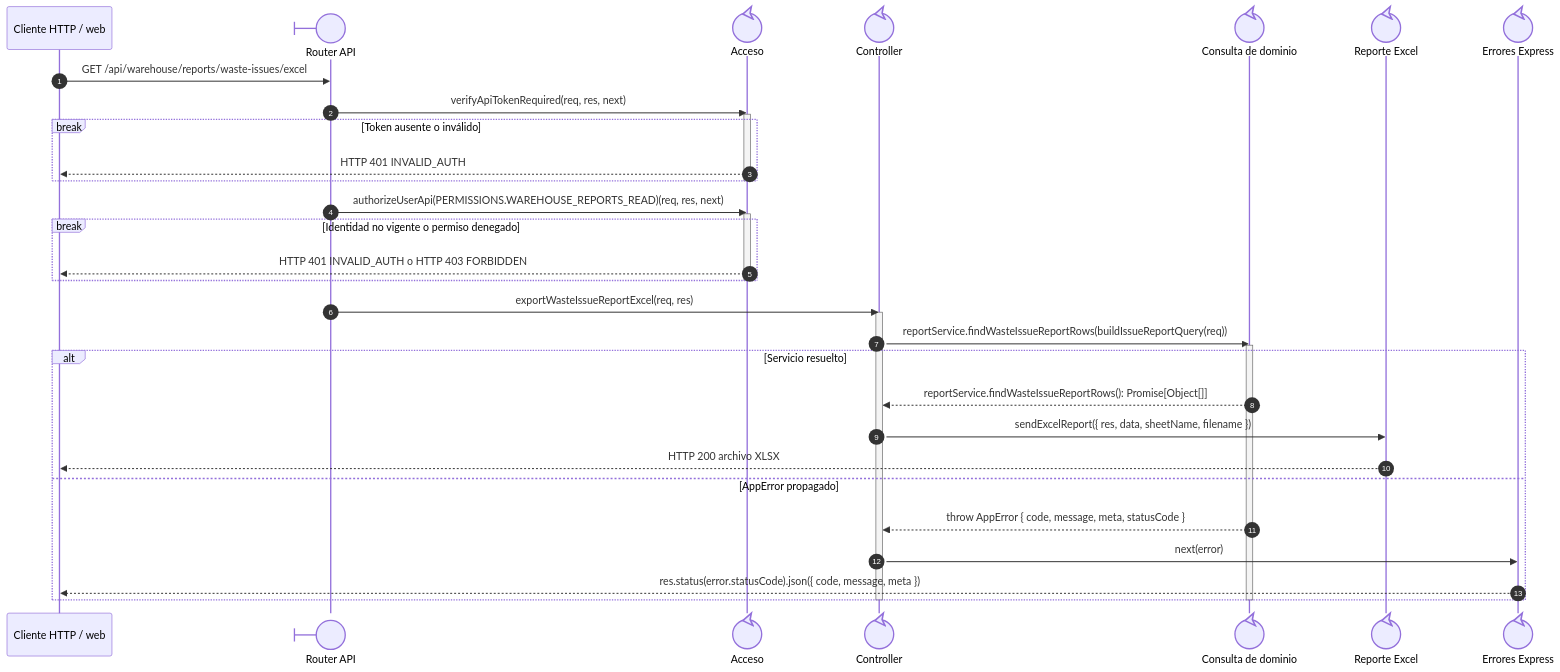
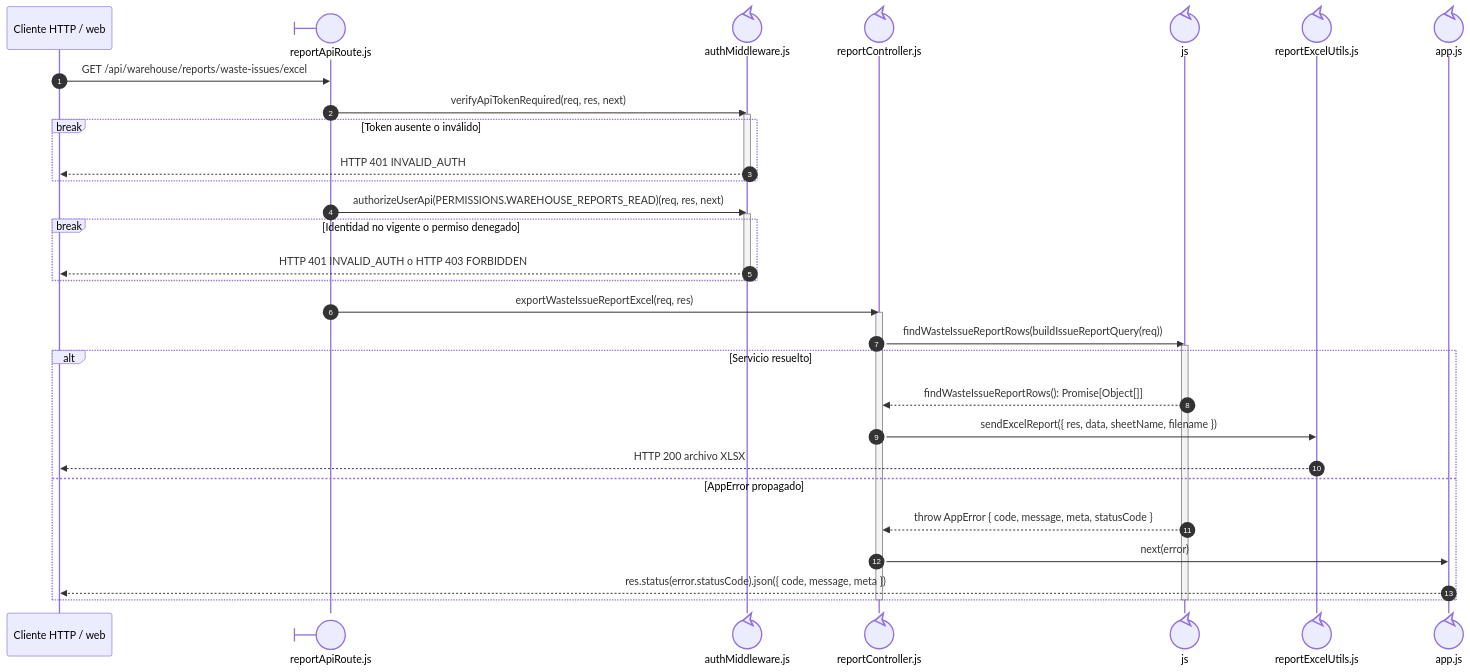
One commit to gpgsistemas01/nexus changed the diagram in docs/architecture/views/processes/backend-code-sequences/issues/cu-sal-14.md. Above: the diagram before and after it, drawn with Mermaid. The commit also changed other lines of this file and 192 other files, not shown here.

Commit message:
docs: make sequence file ownership explicit and align code flows

````diff
--- a/docs/architecture/views/processes/backend-code-sequences/issues/cu-sal-14.md
+++ b/docs/architecture/views/processes/backend-code-sequences/issues/cu-sal-14.md
@@ -24,41 +26,41 @@
 ```mermaid
 sequenceDiagram
     autonumber
     participant Client as Cliente HTTP / web
-    participant Route@{ "type": "boundary" } as Router API
-    participant Auth@{ "type": "control" } as Acceso
-    participant Controller@{ "type": "control" } as Controller
-    participant Query@{ "type": "control" } as Consulta de dominio
-    participant Excel@{ "type": "control" } as Reporte Excel
-    participant ErrorHandler@{ "type": "control" } as Errores Express
+    participant Route@{ "type": "boundary" } as reportApiRoute.js
+    participant Auth@{ "type": "control" } as authMiddleware.js
+    participant Controller@{ "type": "control" } as reportController.js
+    participant Query@{ "type": "control" } as js
+    participant Excel@{ "type": "control" } as reportExcelUtils.js
+    participant ErrorHandler@{ "type": "control" } as app.js
 
     Client->>Route: GET /api/warehouse/reports/waste-issues/excel
 
     Route->>Auth: verifyApiTokenRequired(req, res, next)
     activate Auth
     break Token ausente o inválido
         Auth-->>Client: HTTP 401 INVALID_AUTH
     end
     deactivate Auth
     Route->>Auth: authorizeUserApi(PERMISSIONS.WAREHOUSE_REPORTS_READ)(req, res, next)
     activate Auth
     break Identidad no vigente o permiso denegado
         Auth-->>Client: HTTP 401 INVALID_AUTH o HTTP 403 FORBIDDEN
     end
     deactivate Auth
     Route->>Controller: exportWasteIssueReportExcel(req, res)
     activate Controller
-    Controller->>Query: reportService.findWasteIssueReportRows(buildIssueReportQuery(req))
+    Controller->>Query: findWasteIssueReportRows(buildIssueReportQuery(req))
     activate Query
     alt Servicio resuelto
-        Query-->>Controller: reportService.findWasteIssueReportRows(): Promise[Object[]]
+        Query-->>Controller: findWasteIssueReportRows(): Promise[Object[]]
         Controller->>Excel: sendExcelReport({ res, data, sheetName, filename })
         Excel-->>Client: HTTP 200 archivo XLSX
     else AppError propagado
         Query-->>Controller: throw AppError { code, message, meta, statusCode }
         Controller->>ErrorHandler: next(error)
         ErrorHandler-->>Client: res.status(error.statusCode).json({ code, message, meta })
     end
     deactivate Query
     deactivate Controller
 ```
````
